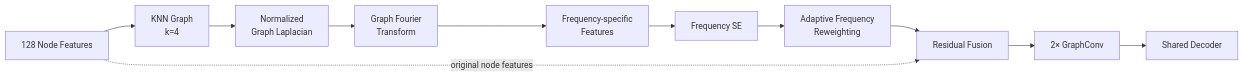
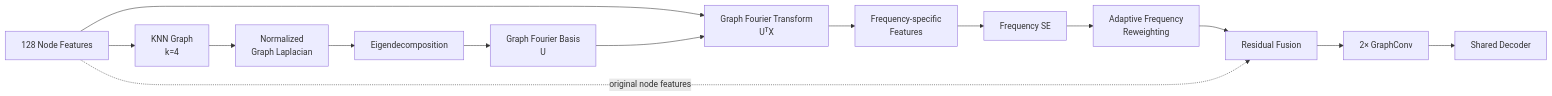
The diagram in docs/models/04c_graph_structural_filtering.md (ChengYuChing/3D-DLimage-segmentation), drawn with Mermaid before and after one commit. The commit also changed other lines of this file, not shown here.

Commit message:
Refine GSF architecture flow and documentation

````diff
--- a/docs/models/04c_graph_structural_filtering.md
+++ b/docs/models/04c_graph_structural_filtering.md
@@ -25,16 +25,21 @@
 ```mermaid
 flowchart LR
     A["128 Node Features"]
     B["KNN Graph<br/>k=4"]
     C["Normalized<br/>Graph Laplacian"]
-    D["Graph Fourier<br/>Transform"]
-    E["Frequency-specific<br/>Features"]
-    F["Frequency SE"]
-    G["Adaptive Frequency<br/>Reweighting"]
-    H["Residual Fusion"]
-    I["2× GraphConv"]
-    J["Shared Decoder"]
+    D["Eigendecomposition"]
+    E["Graph Fourier Basis<br/>U"]
+    F["Graph Fourier Transform<br/>UᵀX"]
+    G["Frequency-specific<br/>Features"]
+    H["Frequency SE"]
+    I["Adaptive Frequency<br/>Reweighting"]
+    J["Residual Fusion"]
+    K["2× GraphConv"]
+    L["Shared Decoder"]
 
-    A --> B --> C --> D --> E --> F --> G --> H --> I --> J
-    A -. "original node features" .-> H
+    A --> B --> C --> D --> E
+    A --> F
+    E --> F
+    F --> G --> H --> I --> J --> K --> L
+    A -. "original node features" .-> J
 ```
````
